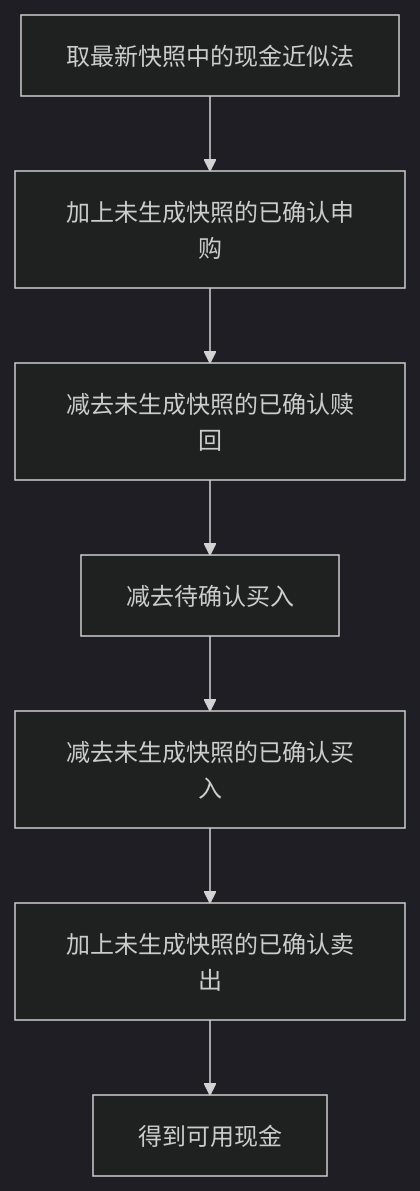
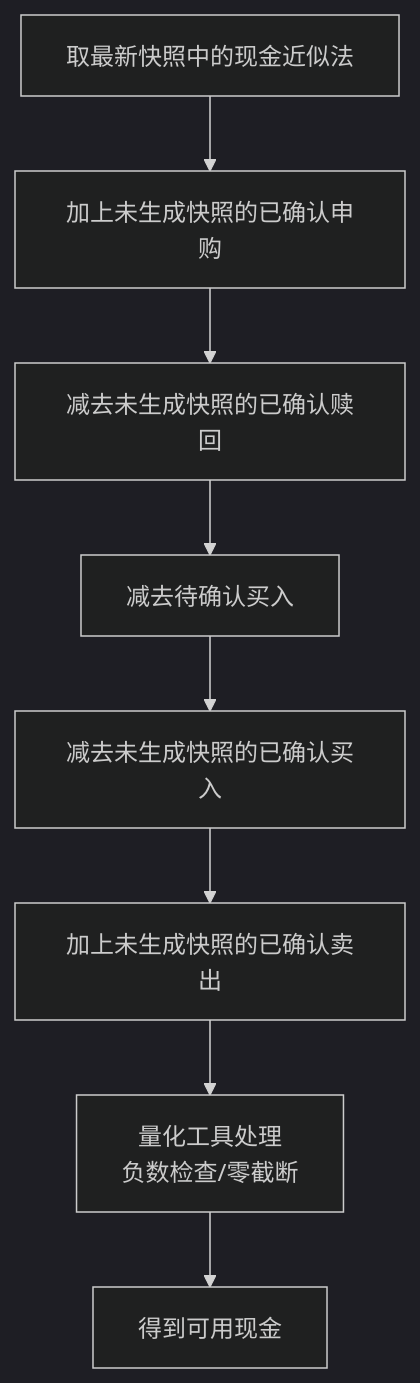
The sixth of 9 diagrams in .qoder/repowiki/zh/content/数据库设计/核心计算公式.md (gujialind/InvestRing), drawn with Mermaid (dark theme) before and after one commit. The commit also changed other lines of this file and 19 other files, not shown here.

````diff
--- a/.qoder/repowiki/zh/content/数据库设计/核心计算公式.md
+++ b/.qoder/repowiki/zh/content/数据库设计/核心计算公式.md
@@ -241,9 +281,10 @@
 ```mermaid
 flowchart TD
 L["取最新快照中的现金近似法"] --> AddSub["加上未生成快照的已确认申购"]
 AddSub --> SubRed["减去未生成快照的已确认赎回"]
 SubRed --> DedPendingBuy["减去待确认买入"]
 DedPendingBuy --> DedBuy["减去未生成快照的已确认买入"]
 DedBuy --> AddSell["加上未生成快照的已确认卖出"]
-AddSell --> Result["得到可用现金"]
+AddSell --> QuantCheck["量化工具处理<br/>负数检查/零截断"]
+QuantCheck --> Result["得到可用现金"]
 ```
````
